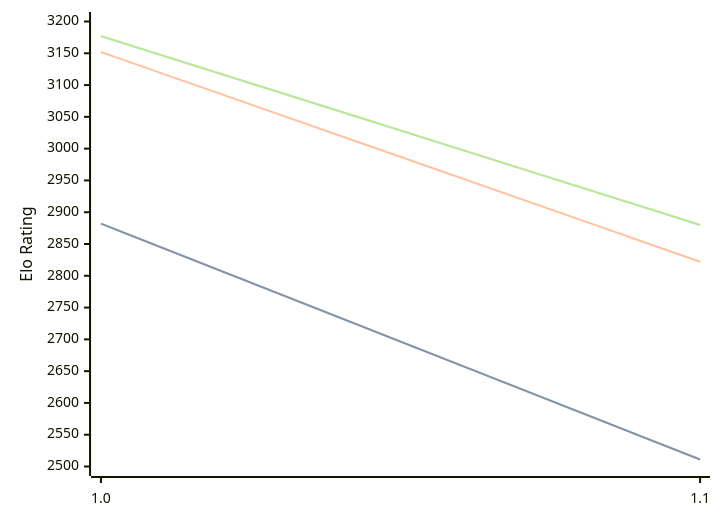
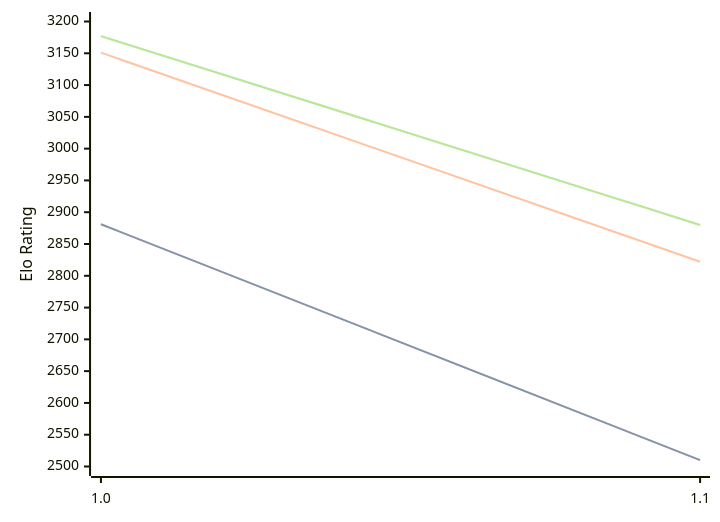
Before and after one commit to computer-chess-index/cci: the diagram in engines/Publius.md, drawn with Mermaid. The commit also changed other lines of this file, not shown here.

Commit message:
Update CCI Ratings (ELO VLTC) - 2026-03-07

````diff
--- a/engines/Publius.md
+++ b/engines/Publius.md
@@ -30,11 +30,11 @@
 ```mermaid
 %%{init: {"theme":"base","themeVariables":{"seriesColors:['#a3a3a3','#222221','#faa371']}}}%%
 xychart-beta
   x-axis ["1.0", "1.1"]
   y-axis "Elo Rating" 2500 --> 3200
-  line "STC (8.0+0.08s)" [2882, 2511]
-  line "STC (8.0+0.08s)" [2882, 2511]
-  line "LTC (60.0+0.60s)" [3152, 2822]
+  line "STC (8.0+0.08s)" [2881, 2510]
+  line "STC (8.0+0.08s)" [2881, 2510]
+  line "LTC (60.0+0.60s)" [3151, 2822]
   line "VLTC (2m24s+1.12s)" [3177, 2880]
   line "VLTC (2m24s+1.12s)" [3177, 2880]
 ```
````
